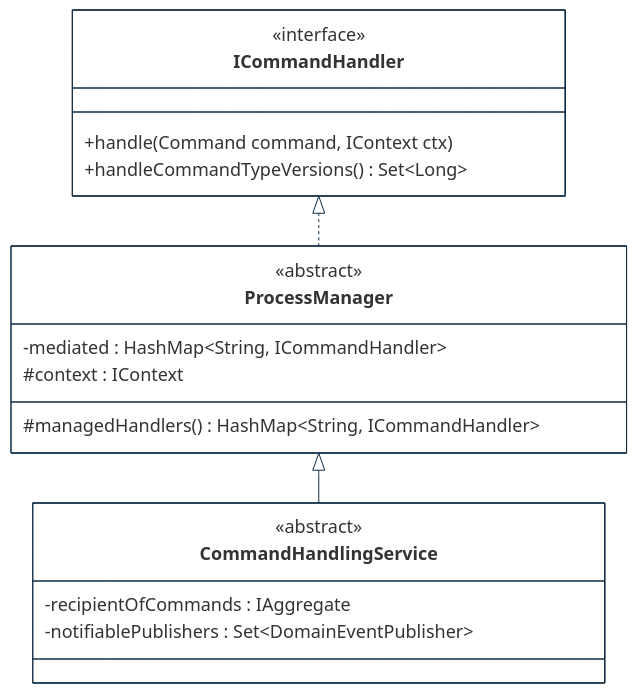
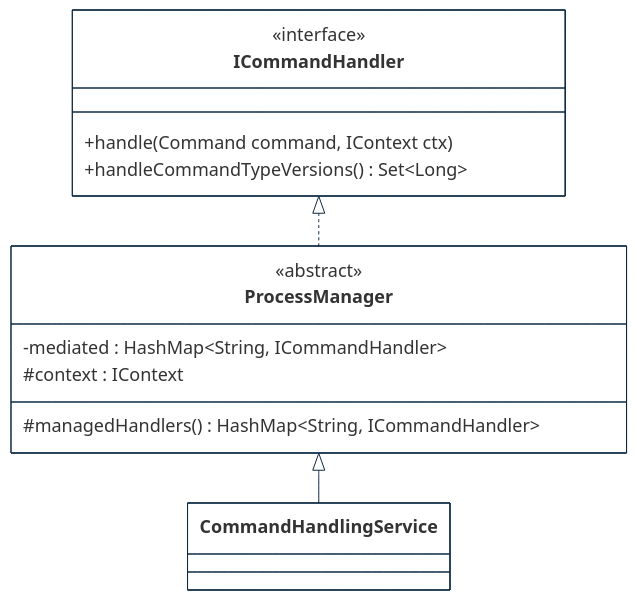
The third of 3 diagrams in implementations-line/framework/domain/designview-structure-models.md (cybnity/foundation), drawn with Mermaid before and after one commit.

````diff
--- a/implementations-line/framework/domain/designview-structure-models.md
+++ b/implementations-line/framework/domain/designview-structure-models.md
@@ -151,40 +156,36 @@
 ```mermaid
 %%{
   init: {
     'theme': 'base',
     'themeVariables': {
         'background': '#ffffff',
         'fontFamily': 'arial',
         'fontSize': '18px',
         'primaryColor': '#fff',
         'primaryBorderColor': '#0e2a43',
         'secondaryBorderColor': '#0e2a43',
         'tertiaryBorderColor': '#0e2a43',
         'edgeLabelBackground':'#0e2a43',
         'lineColor': '#0e2a43',
         'tertiaryColor': '#fff'
     }
   }
 }%%
 classDiagram
     ICommandHandler <|.. ProcessManager
     ProcessManager <|-- CommandHandlingService
 
-    class CommandHandlingService {
-        <<abstract>>
-        -recipientOfCommands : IAggregate
-        -notifiablePublishers : Set~DomainEventPublisher~
-    }
+
     class ProcessManager {
         <<abstract>>
         -mediated : HashMap~String, ICommandHandler~
         #context : IContext
         #managedHandlers() HashMap~String, ICommandHandler~
     }
     class ICommandHandler {
         <<interface>>
         +handle(Command command, IContext ctx)
         +handleCommandTypeVersions() Set~Long~
     }
 
 ```
````
